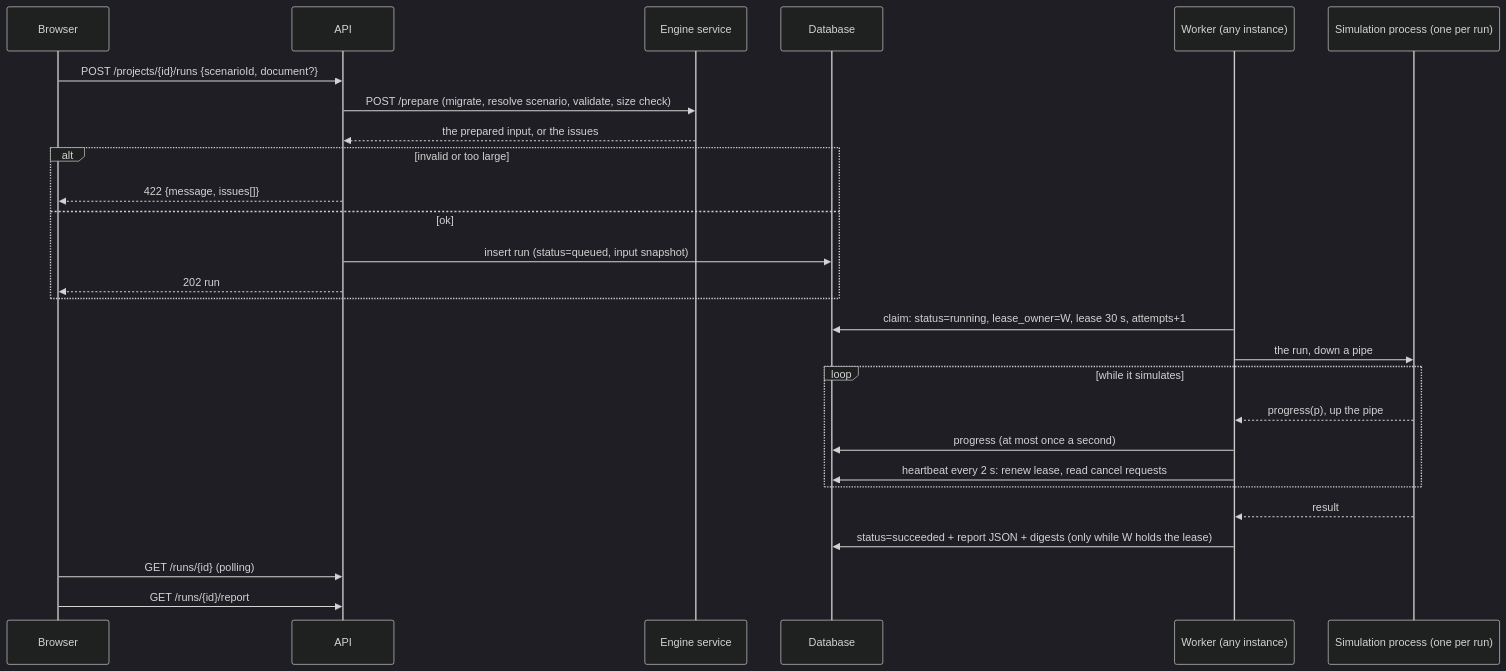
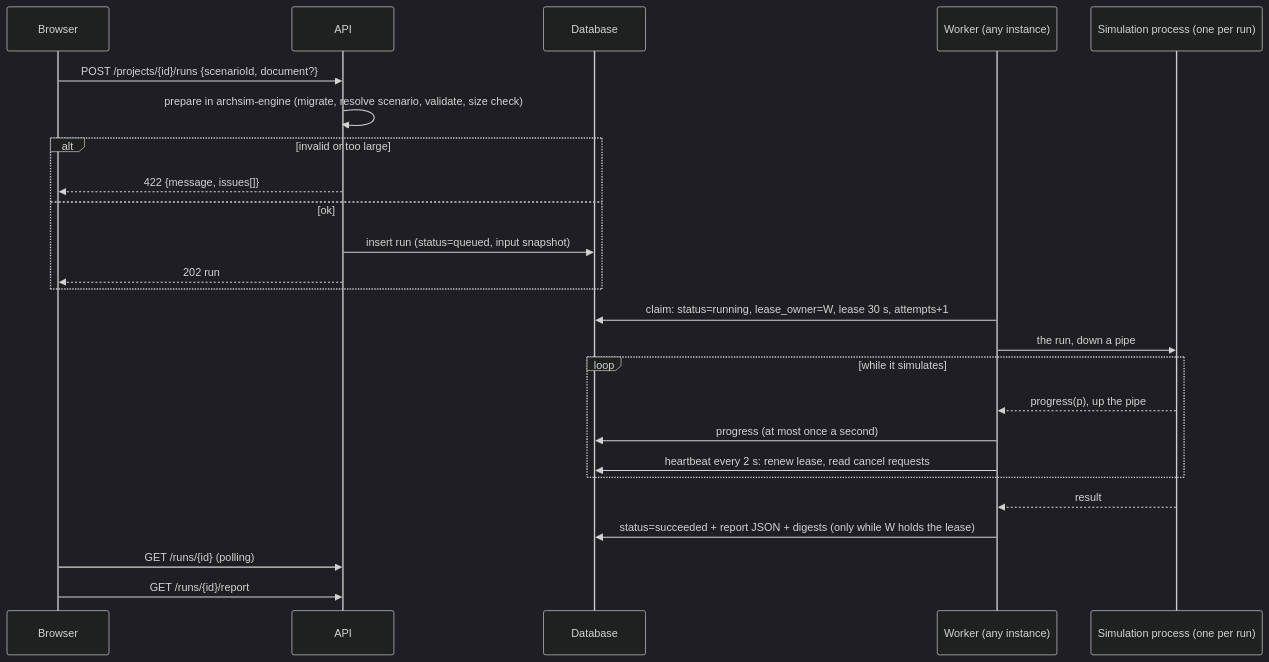
Before and after one commit to dante0747/archsim: the second of 2 diagrams in docs/architecture.md, drawn with Mermaid (dark theme). The commit also changed other lines of this file and 14 other files, not shown here.

First line of the commit message:
docs(java): record stage 3 as built, with the engine service down to /simulate

````diff
--- a/docs/architecture.md
+++ b/docs/architecture.md
@@ -171,29 +192,27 @@
 ```mermaid
 sequenceDiagram
   participant B as Browser
   participant A as API
-  participant S as Engine service
   participant D as Database
   participant W as Worker (any instance)
   participant E as Simulation process (one per run)
   B->>A: POST /projects/{id}/runs {scenarioId, document?}
-  A->>S: POST /prepare (migrate, resolve scenario, validate, size check)
-  S-->>A: the prepared input, or the issues
+  A->>A: prepare in archsim-engine (migrate, resolve scenario, validate, size check)
   alt invalid or too large
     A-->>B: 422 {message, issues[]}
   else ok
     A->>D: insert run (status=queued, input snapshot)
     A-->>B: 202 run
   end
   W->>D: claim: status=running, lease_owner=W, lease 30 s, attempts+1
   W->>E: the run, down a pipe
   loop while it simulates
     E-->>W: progress(p), up the pipe
     W->>D: progress (at most once a second)
     W->>D: heartbeat every 2 s: renew lease, read cancel requests
   end
   E-->>W: result
   W->>D: status=succeeded + report JSON + digests (only while W holds the lease)
   B->>A: GET /runs/{id} (polling)
   B->>A: GET /runs/{id}/report
 ```
````
